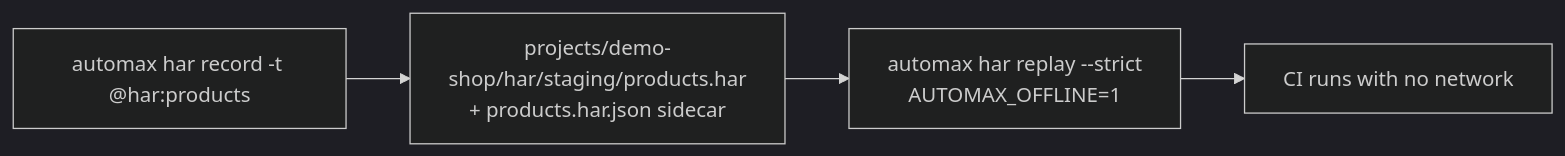
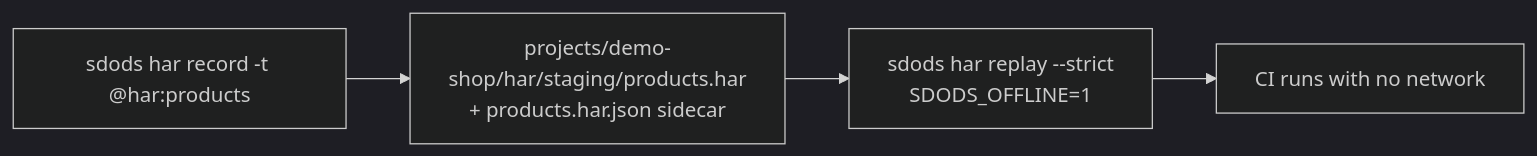
Before and after one commit to YarlisAISolutions/SDODS: the diagram in apps/docs/content/docs/guides/network-mocking-and-har.mdx, drawn with Mermaid (dark theme). The commit also changed other lines of this file and 466 other files, not shown here.

````diff
--- a/apps/docs/content/docs/guides/network-mocking-and-har.mdx
+++ b/apps/docs/content/docs/guides/network-mocking-and-har.mdx
@@ -21,6 +21,6 @@
 ```mermaid
 flowchart LR
-  R["automax har record -t @har:products"] --> F["projects/demo-shop/har/staging/products.har<br/>+ products.har.json sidecar"]
-  F --> P["automax har replay --strict<br/>AUTOMAX_OFFLINE=1"]
+  R["sdods har record -t @har:products"] --> F["projects/demo-shop/har/staging/products.har<br/>+ products.har.json sidecar"]
+  F --> P["sdods har replay --strict<br/>SDODS_OFFLINE=1"]
   P --> CI["CI runs with no network"]
 ```
````
